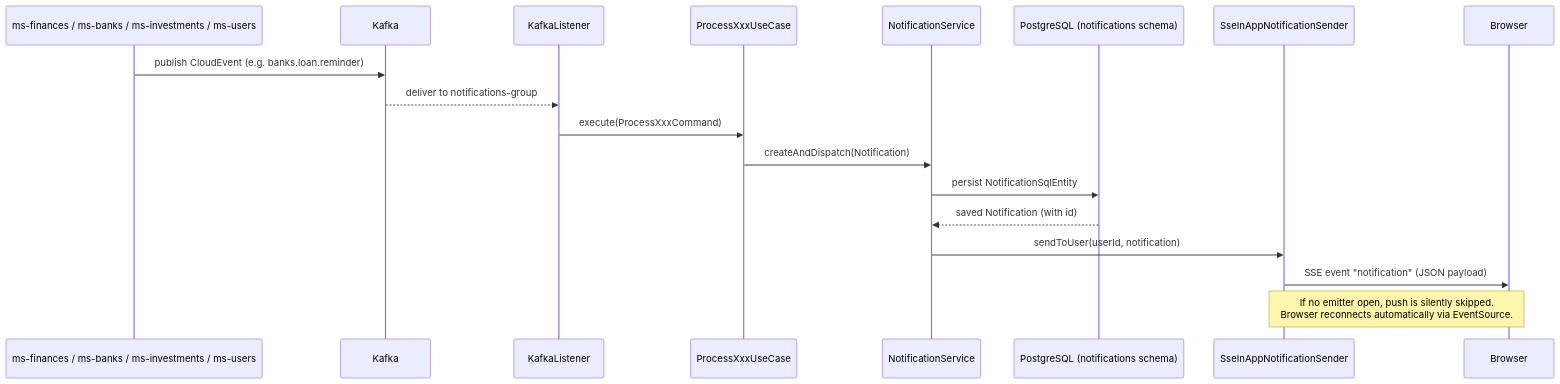
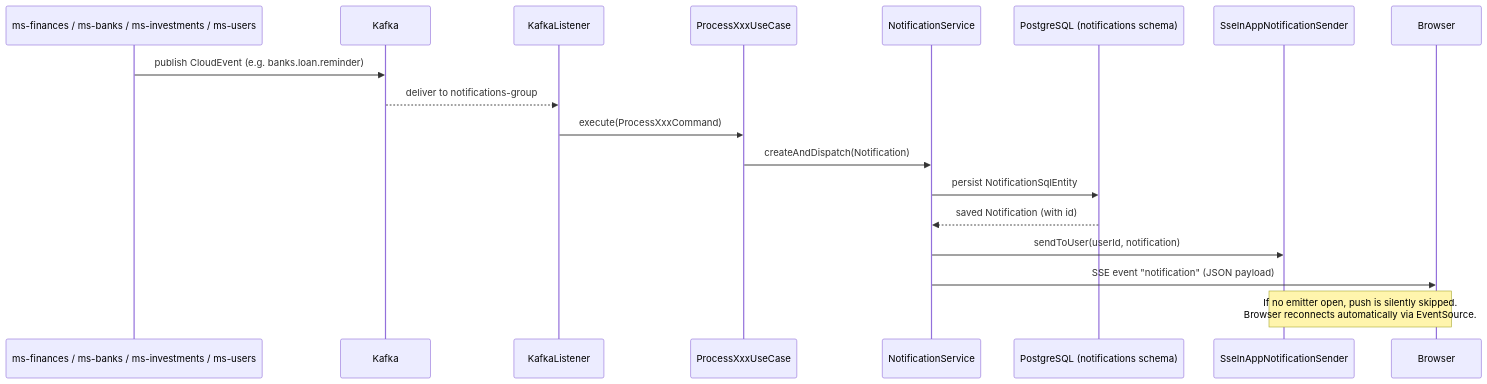
Before and after one commit to Sergio-Smirnoff/financial-app: the diagram in docs/specs/services/ms-notifications.md, drawn with Mermaid. The commit also changed other lines of this file and 7 other files, not shown here.

````diff
--- a/docs/specs/services/ms-notifications.md
+++ b/docs/specs/services/ms-notifications.md
@@ -294,21 +12,21 @@
 ```mermaid
 sequenceDiagram
     participant Producer as ms-finances / ms-banks / ms-investments / ms-users
     participant Kafka
     participant Listener as KafkaListener
     participant UseCase as ProcessXxxUseCase
     participant Service as NotificationService
     participant DB as PostgreSQL (notifications schema)
     participant SSE as SseInAppNotificationSender
     participant Browser
 
     Producer->>Kafka: publish CloudEvent (e.g. banks.loan.reminder)
     Kafka-->>Listener: deliver to notifications-group
     Listener->>UseCase: execute(ProcessXxxCommand)
     UseCase->>Service: createAndDispatch(Notification)
     Service->>DB: persist NotificationSqlEntity
     DB-->>Service: saved Notification (with id)
     Service->>SSE: sendToUser(userId, notification)
-    SSE->>Browser: SSE event "notification" (JSON payload)
+    Service->>Browser: SSE event "notification" (JSON payload)
     Note over SSE,Browser: If no emitter open, push is silently skipped.<br/>Browser reconnects automatically via EventSource.
 ```
````
